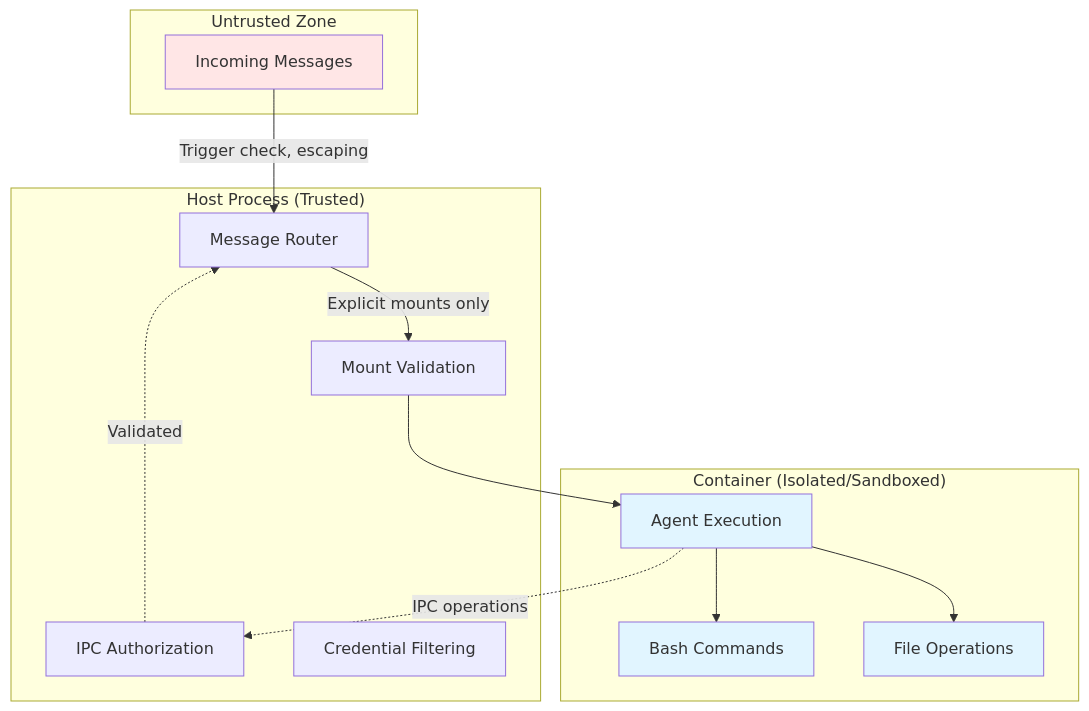
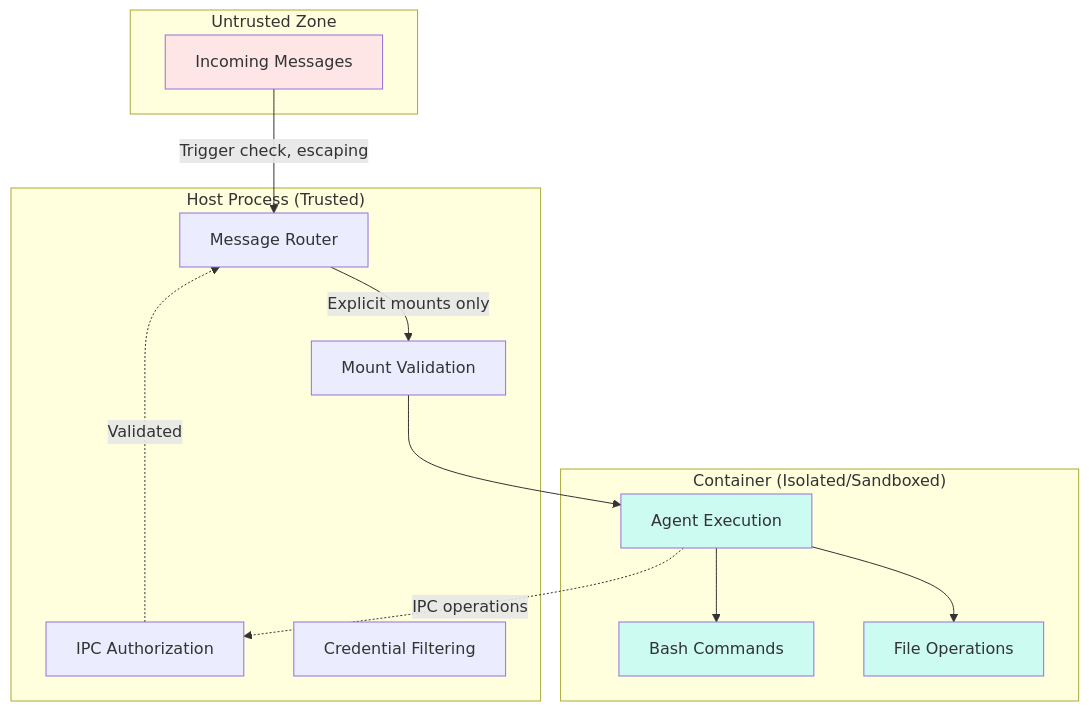
One commit to glifocat/mintlify-docs changed the diagram in concepts/security.mdx. Above: the diagram before and after it, drawn with Mermaid. The commit also changed other lines of this file and 23 other files, not shown here.

````diff
--- a/concepts/security.mdx
+++ b/concepts/security.mdx
@@ -34,32 +35,32 @@
 ```mermaid
 graph TB
     subgraph "Untrusted Zone"
         MSG[Incoming Messages]
     end
 
     subgraph "Host Process (Trusted)"
         RT[Message Router]
         IPC[IPC Authorization]
         MV[Mount Validation]
         CF[Credential Filtering]
     end
 
     subgraph "Container (Isolated/Sandboxed)"
         AG[Agent Execution]
         BA[Bash Commands]
         FO[File Operations]
     end
 
     MSG -->|Trigger check, escaping| RT
     RT -->|Explicit mounts only| MV
     MV --> AG
     AG -.->|IPC operations| IPC
     IPC -.->|Validated| RT
     AG --> BA
     AG --> FO
 
     style MSG fill:#ffe6e6
-    style AG fill:#e1f5ff
-    style BA fill:#e1f5ff
-    style FO fill:#e1f5ff
+    style AG fill:#ccfbf1
+    style BA fill:#ccfbf1
+    style FO fill:#ccfbf1
 ```
````
